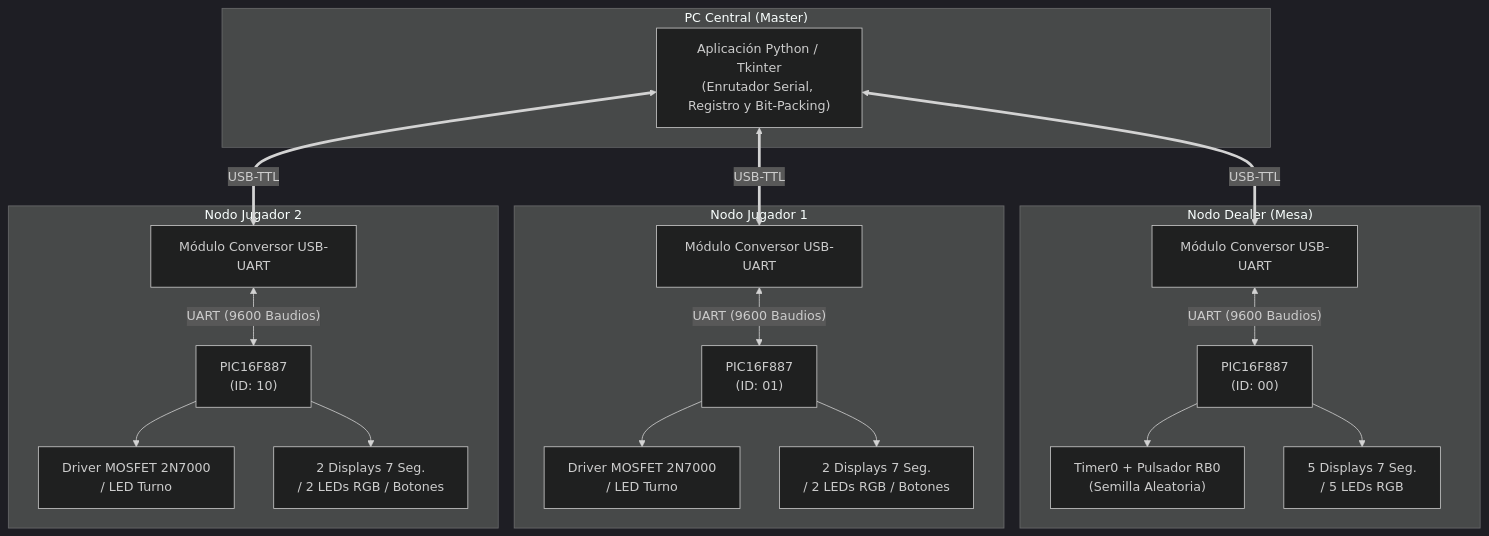
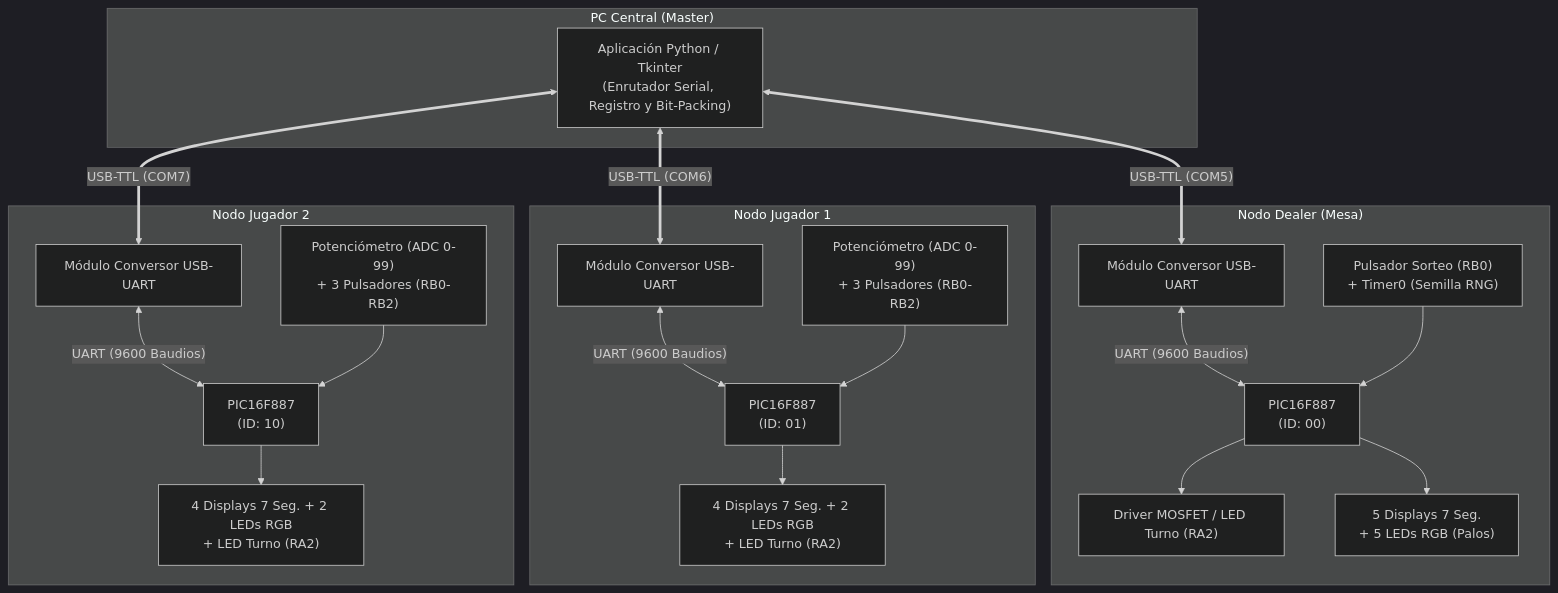
Before and after one commit to SantiLobera/repo-prueba: the first of 3 diagrams in README.md, drawn with Mermaid. The commit also changed other lines of this file, not shown here.

````diff
--- a/README.md
+++ b/README.md
@@ -83,44 +77,46 @@
 ```mermaid
 %%{init: {'theme': 'dark'}}%%
 graph TD
     subgraph PC_MASTER ["PC Central (Master)"]
         PYTHON["Aplicación Python / Tkinter<br/>(Enrutador Serial, Registro y Bit-Packing)"]
     end
 
     subgraph NODO_DEALER ["Nodo Dealer (Mesa)"]
         UART_D["Módulo Conversor USB-UART"]
         PIC_D["PIC16F887<br/>(ID: 00)"]
-        TMR0["Timer0 + Pulsador RB0<br/>(Semilla Aleatoria)"]
-        DISP_D["5 Displays 7 Seg.<br/>/ 5 LEDs RGB"]
+        IN_D["Pulsador Sorteo (RB0)<br/>+ Timer0 (Semilla RNG)"]
+        MOSFET_D["Driver MOSFET / LED Turno (RA2)"]
+        DISP_D["5 Displays 7 Seg.<br/>+ 5 LEDs RGB (Palos)"]
         
         UART_D <-->|"UART (9600 Baudios)"| PIC_D
-        PIC_D --> TMR0
+        IN_D --> PIC_D
+        PIC_D --> MOSFET_D
         PIC_D --> DISP_D
     end
 
     subgraph NODO_J1 ["Nodo Jugador 1"]
         UART_J1["Módulo Conversor USB-UART"]
         PIC_J1["PIC16F887<br/>(ID: 01)"]
-        MOSFET_J1["Driver MOSFET 2N7000<br/>/ LED Turno"]
-        DISP_J1["2 Displays 7 Seg.<br/>/ 2 LEDs RGB / Botones"]
+        IN_J1["Potenciómetro (ADC 0-99)<br/>+ 3 Pulsadores (RB0-RB2)"]
+        DISP_J1["4 Displays 7 Seg. + 2 LEDs RGB<br/>+ LED Turno (RA2)"]
 
         UART_J1 <-->|"UART (9600 Baudios)"| PIC_J1
-        PIC_J1 --> MOSFET_J1
+        IN_J1 --> PIC_J1
         PIC_J1 --> DISP_J1
     end
 
     subgraph NODO_J2 ["Nodo Jugador 2"]
         UART_J2["Módulo Conversor USB-UART"]
         PIC_J2["PIC16F887<br/>(ID: 10)"]
-        MOSFET_J2["Driver MOSFET 2N7000<br/>/ LED Turno"]
-        DISP_J2["2 Displays 7 Seg.<br/>/ 2 LEDs RGB / Botones"]
+        IN_J2["Potenciómetro (ADC 0-99)<br/>+ 3 Pulsadores (RB0-RB2)"]
+        DISP_J2["4 Displays 7 Seg. + 2 LEDs RGB<br/>+ LED Turno (RA2)"]
 
         UART_J2 <-->|"UART (9600 Baudios)"| PIC_J2
-        PIC_J2 --> MOSFET_J2
+        IN_J2 --> PIC_J2
         PIC_J2 --> DISP_J2
     end
 
-    PYTHON <==>|"USB-TTL"| UART_D
-    PYTHON <==>|"USB-TTL"| UART_J1
-    PYTHON <==>|"USB-TTL"| UART_J2
+    PYTHON <==>|"USB-TTL (COM5)"| UART_D
+    PYTHON <==>|"USB-TTL (COM6)"| UART_J1
+    PYTHON <==>|"USB-TTL (COM7)"| UART_J2
 ```
````
